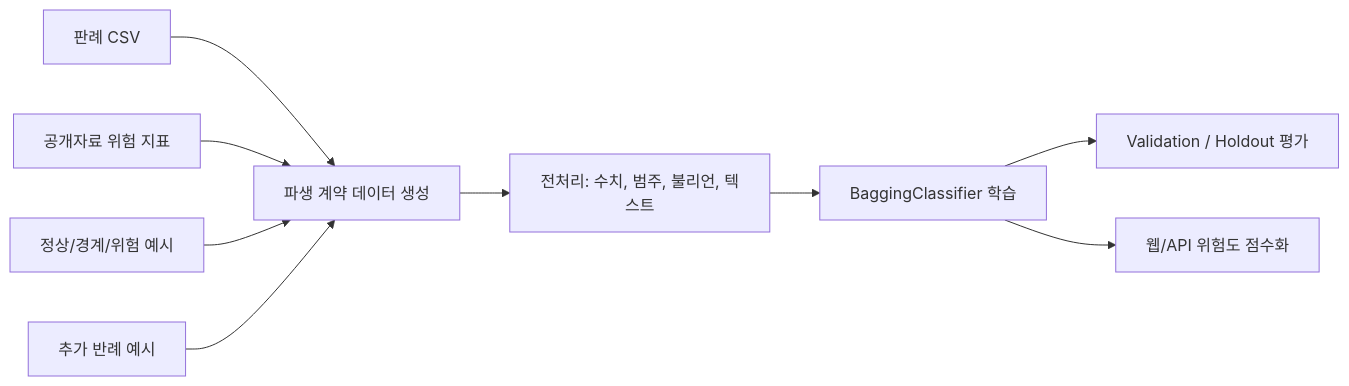
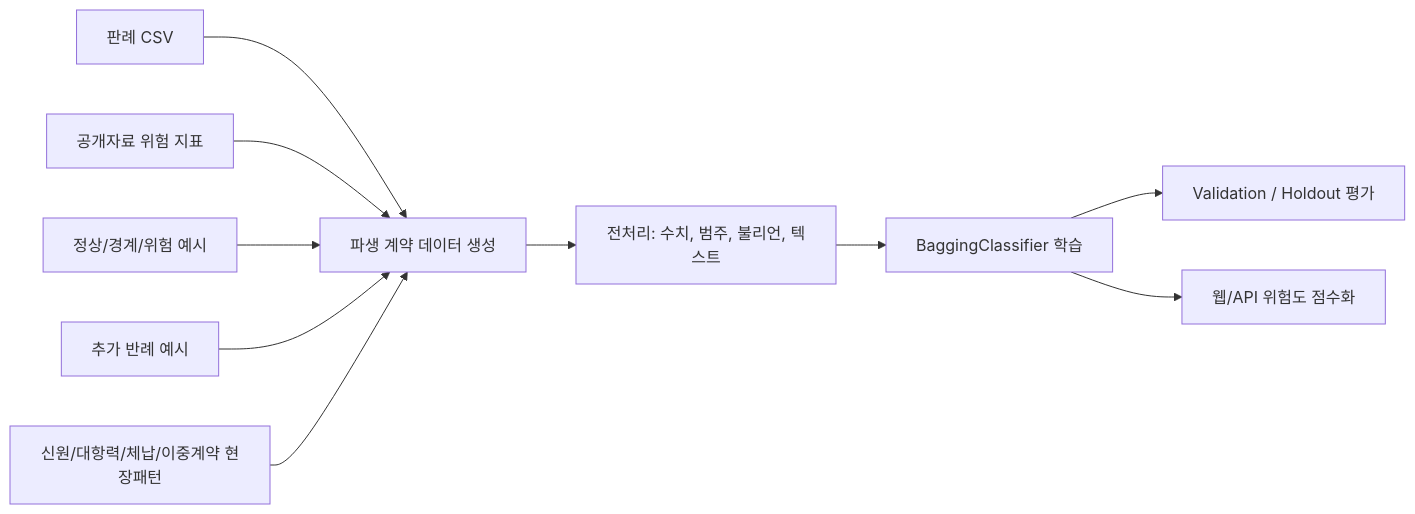
The diagram in README.md (bssm-oss/legallearn), drawn with Mermaid before and after one commit. The commit also changed other lines of this file and 16 other files, not shown here.

````diff
--- a/README.md
+++ b/README.md
@@ -160,11 +160,12 @@
 ```mermaid
 flowchart LR
   A["판례 CSV"] --> D["파생 계약 데이터 생성"]
   B["공개자료 위험 지표"] --> D
   C["정상/경계/위험 예시"] --> D
   I["추가 반례 예시"] --> D
+  J["신원/대항력/체납/이중계약 현장패턴"] --> D
   D --> E["전처리: 수치, 범주, 불리언, 텍스트"]
   E --> F["BaggingClassifier 학습"]
   F --> G["Validation / Holdout 평가"]
   F --> H["웹/API 위험도 점수화"]
 ```
````
